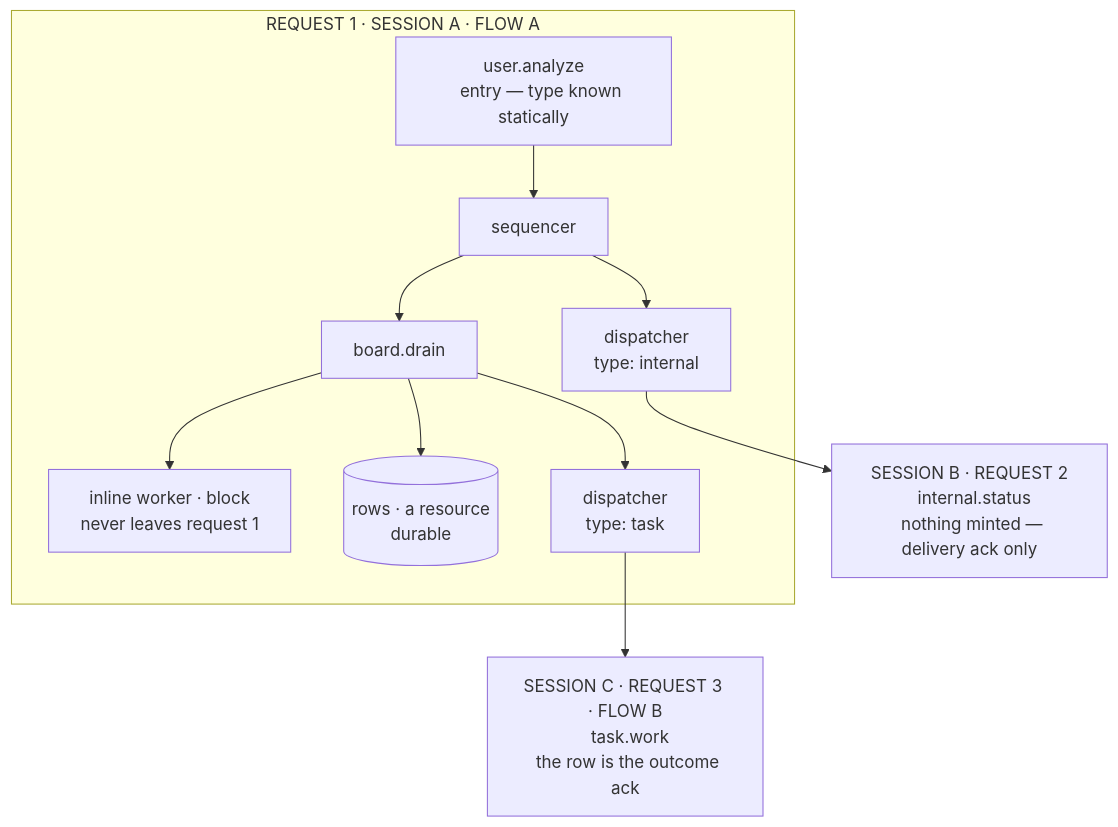
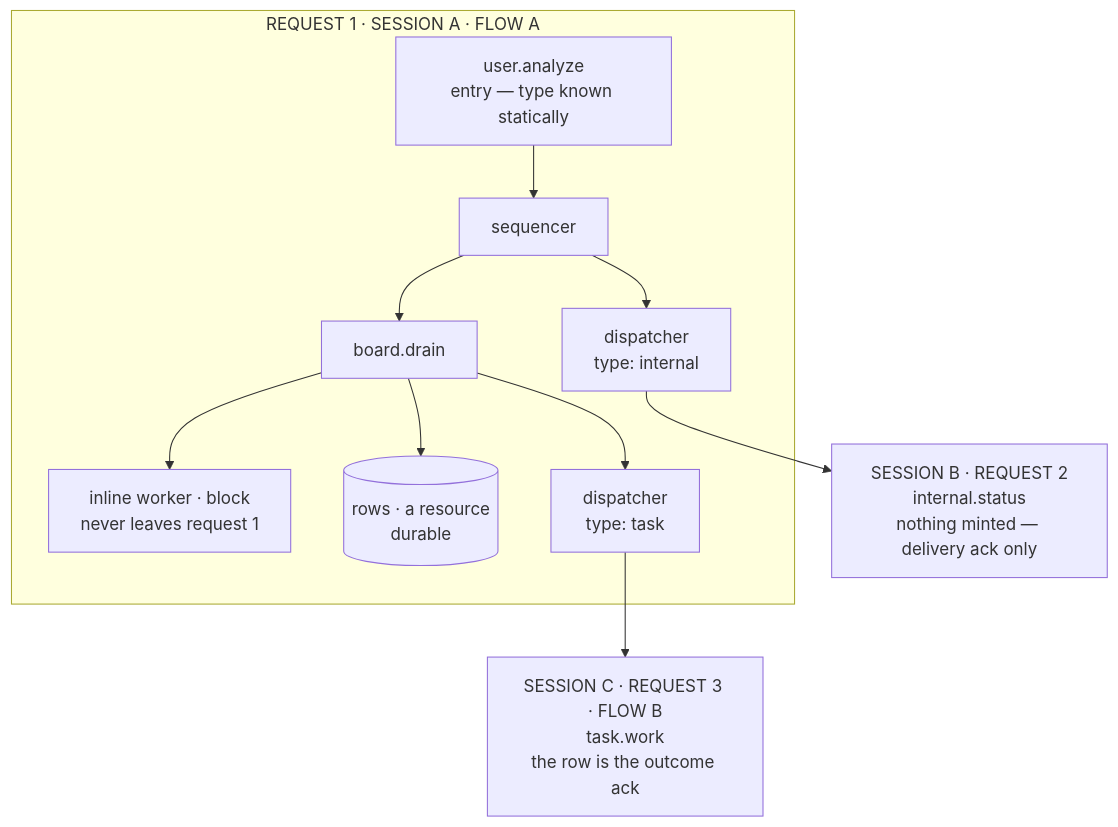
One commit to fixpoint-labs/flow-state-dev changed the second of 2 diagrams in docs/internal/design/tasks-replace-workstreams.md. Above: the diagram before and after it, drawn with Mermaid. The commit also changed other lines of this file, not shown here.

Commit message:
docs(design): fix mermaid line breaks in the two new diagrams
Both diagrams were authored with literal newlines inside quoted node labels,
which mermaid does not render as line breaks -- 13 labels across the two blocks.
Replaced with <br/>, which is what mermaid uses for a break inside a label.

Caught by checking my own output rather than by a reviewer: these render on
GitHub, so a broken block would have been visible in the doc but not in any CI
check, since nothing lints markdown code fences.

Claude-Session: https://claude.ai/code/session_01GuJx2vBsqQkGo5zKenndok

````diff
--- a/docs/internal/design/tasks-replace-workstreams.md
+++ b/docs/internal/design/tasks-replace-workstreams.md
@@ -442,23 +434,14 @@
 ```mermaid
 flowchart TB
   subgraph R1["REQUEST 1 · SESSION A · FLOW A"]
-    entry["user.analyze
-    entry — type known statically"] --> seq["sequencer"]
-    seq --> bg["dispatcher
-    type: internal"]
+    entry["user.analyze<br/>entry — type known statically"] --> seq["sequencer"]
+    seq --> bg["dispatcher<br/>type: internal"]
     seq --> drain["board.drain"]
-    drain --> inline["inline worker · block
-    never leaves request 1"]
-    drain --> rows[("rows · a resource
-    durable")]
-    drain --> ho["dispatcher
-    type: task"]
+    drain --> inline["inline worker · block<br/>never leaves request 1"]
+    drain --> rows[("rows · a resource<br/>durable")]
+    drain --> ho["dispatcher<br/>type: task"]
   end
 
-  bg --> S2["SESSION B · REQUEST 2
-  internal.status
-  nothing minted — delivery ack only"]
-  ho --> S3["SESSION C · REQUEST 3 · FLOW B
-  task.work
-  the row is the outcome ack"]
+  bg --> S2["SESSION B · REQUEST 2<br/>internal.status<br/>nothing minted — delivery ack only"]
+  ho --> S3["SESSION C · REQUEST 3 · FLOW B<br/>task.work<br/>the row is the outcome ack"]
 ```
````
